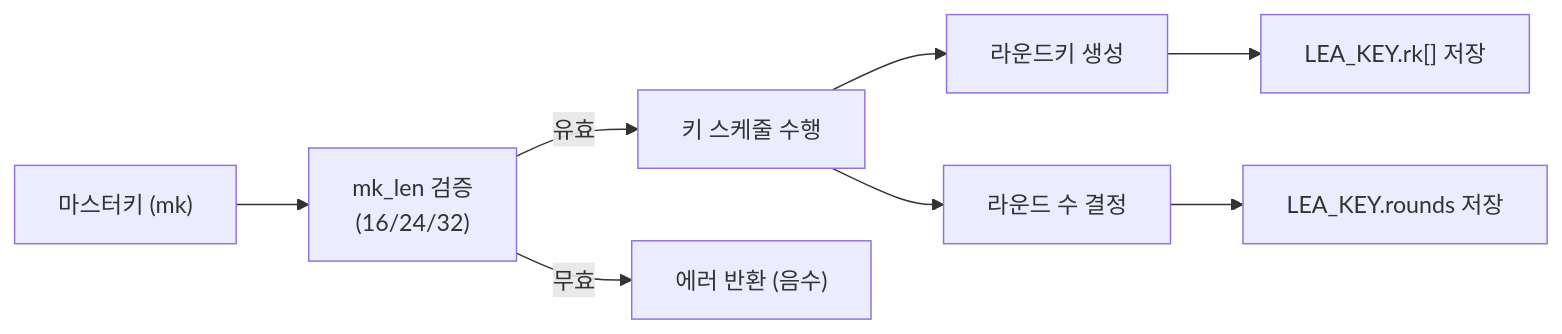
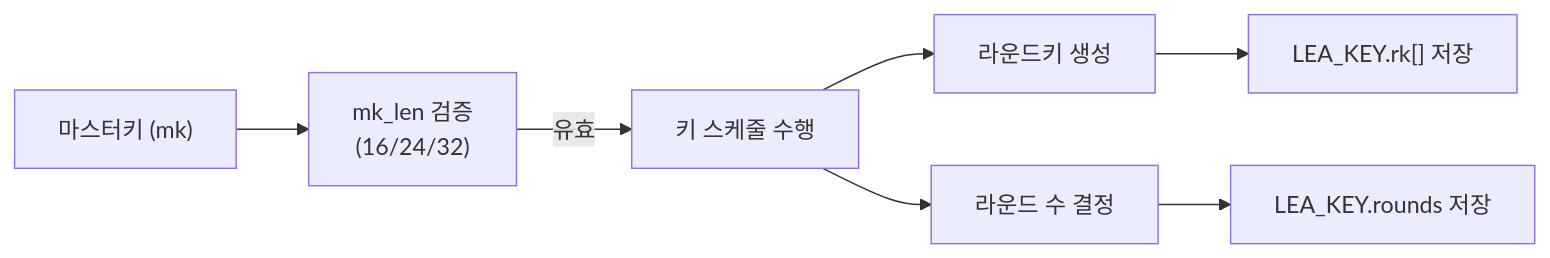
The diagram in ruleset/LEA/03_소스코드_구성/03_01_API_명명규칙/API_001_핵심_함수명_규격.md (SuBeen-Cho/KCMVP-Compliance-Tool), drawn with Mermaid before and after one commit. The commit also changed other lines of this file and 25 other files, not shown here.

````diff
--- a/ruleset/LEA/03_소스코드_구성/03_01_API_명명규칙/API_001_핵심_함수명_규격.md
+++ b/ruleset/LEA/03_소스코드_구성/03_01_API_명명규칙/API_001_핵심_함수명_규격.md
@@ -65,10 +64,9 @@
 ```mermaid
 graph LR
     MK["마스터키 (mk)"] --> VALIDATE["mk_len 검증<br/>(16/24/32)"]
     VALIDATE -->|유효| KS["키 스케줄 수행"]
-    VALIDATE -->|무효| ERR["에러 반환 (음수)"]
     KS --> RK["라운드키 생성"]
     RK --> STORE["LEA_KEY.rk[] 저장"]
     KS --> NR["라운드 수 결정"]
     NR --> STORE2["LEA_KEY.rounds 저장"]
 ```
````
